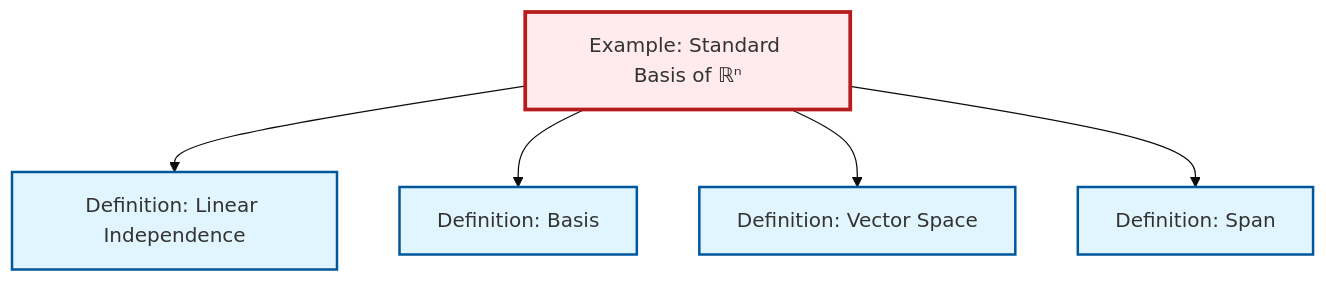
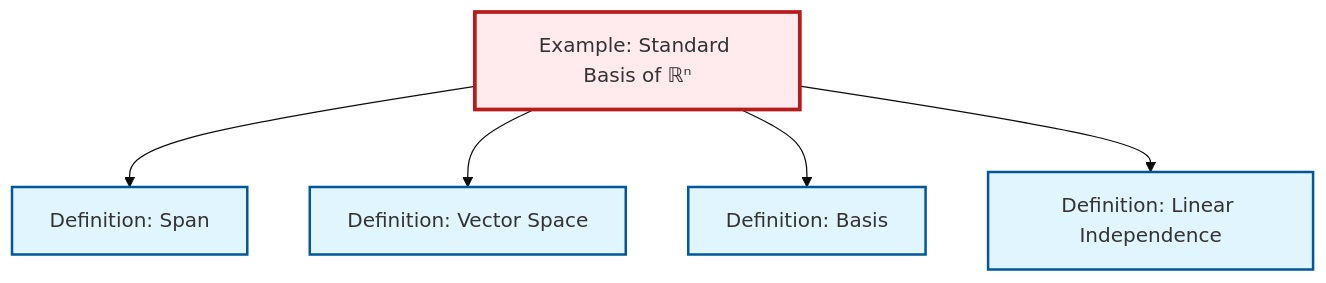
The diagram in content/en/algebra/ex-standard-basis-rn.qmd (RK0429/ModernMath), drawn with Mermaid (base theme) before and after one commit. The commit also changed other lines of this file and 597 other files, not shown here.

````diff
--- a/content/en/algebra/ex-standard-basis-rn.qmd
+++ b/content/en/algebra/ex-standard-basis-rn.qmd
@@ -62,23 +62,23 @@
 ```{mermaid}
 %%| fig-cap: "Local dependency graph"
 graph TD
     classDef definition fill:#e1f5fe,stroke:#01579b,stroke-width:2px
     classDef theorem fill:#f3e5f5,stroke:#4a148c,stroke-width:2px
     classDef axiom fill:#fff3e0,stroke:#e65100,stroke-width:2px
     classDef example fill:#e8f5e9,stroke:#1b5e20,stroke-width:2px
     classDef current fill:#ffebee,stroke:#b71c1c,stroke-width:3px
+    def-span["Definition: Span"]:::definition
     def-vector-space["Definition: Vector Space"]:::definition
+    ex-standard-basis-rn["Example: Standard Basis of ℝⁿ"]:::example
     def-basis["Definition: Basis"]:::definition
     def-linear-independence["Definition: Linear Independence"]:::definition
-    ex-standard-basis-rn["Example: Standard Basis of ℝⁿ"]:::example
-    def-span["Definition: Span"]:::definition
+    ex-standard-basis-rn --> def-span
+    ex-standard-basis-rn --> def-vector-space
+    ex-standard-basis-rn --> def-basis
     ex-standard-basis-rn --> def-linear-independence
-    ex-standard-basis-rn --> def-basis
-    ex-standard-basis-rn --> def-vector-space
-    ex-standard-basis-rn --> def-span
     class ex-standard-basis-rn current
+    click def-span "def-span.html" "Go to Span definition"
     click def-vector-space "def-vector-space.html" "Go to Vector Space definition"
     click def-basis "def-basis.html" "Go to Basis definition"
     click def-linear-independence "def-linear-independence.html" "Go to Linear Independence definition"
-    click def-span "def-span.html" "Go to Span definition"
 ```
````
